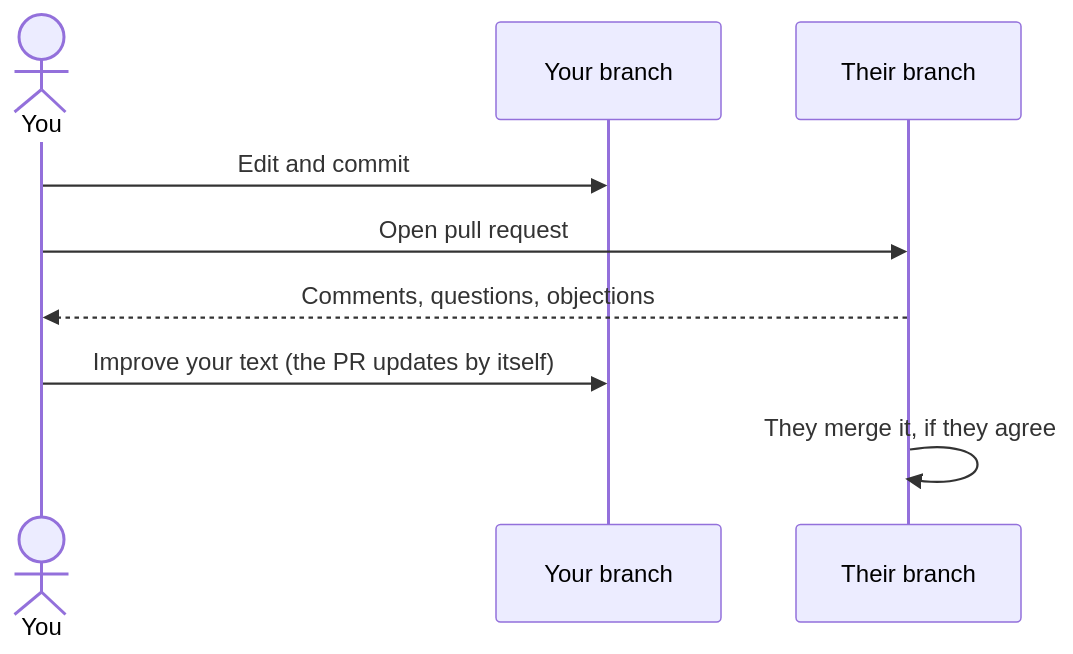
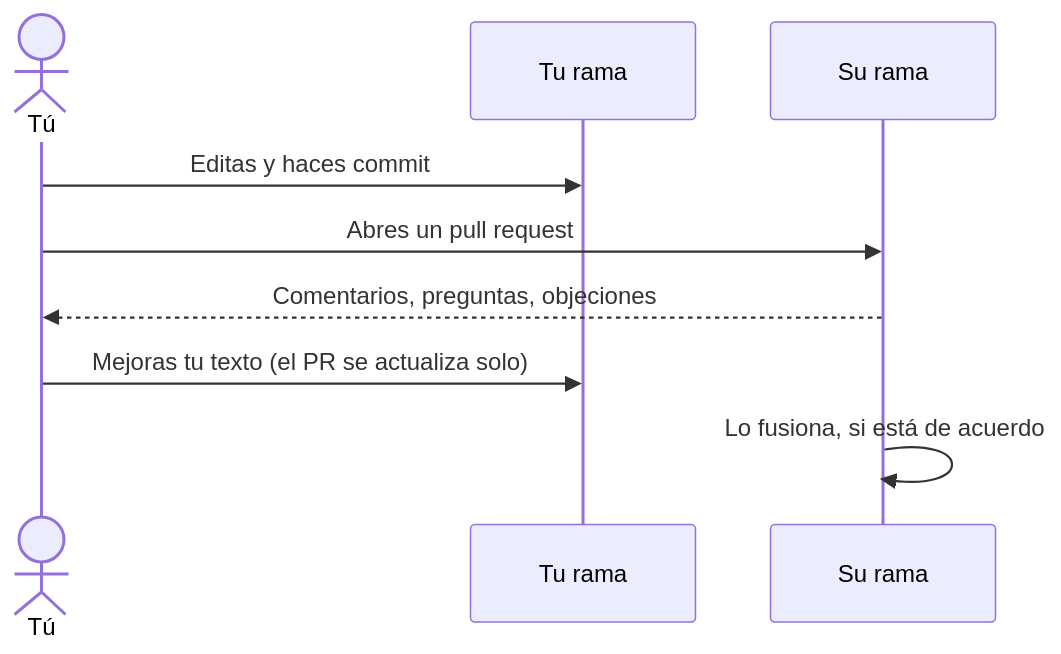
One commit to BlankConstitution/blankconstitution changed the second of 2 diagrams in docs/web.md. Above: the diagram before and after it, drawn with Mermaid. The commit also changed other lines of this file and 4 other files, not shown here.

````diff
--- a/docs/web.md
+++ b/docs/web.md
@@ -111,11 +113,11 @@
 ```mermaid
 sequenceDiagram
-    actor You
-    participant Yours as Your branch
-    participant Theirs as Their branch
-    You->>Yours: Edit and commit
-    You->>Theirs: Open pull request
-    Theirs-->>You: Comments, questions, objections
-    You->>Yours: Improve your text (the PR updates by itself)
-    Theirs->>Theirs: They merge it, if they agree
+    actor Tú
+    participant Tuya as Tu rama
+    participant Suya as Su rama
+    Tú->>Tuya: Editas y haces commit
+    Tú->>Suya: Abres un pull request
+    Suya-->>Tú: Comentarios, preguntas, objeciones
+    Tú->>Tuya: Mejoras tu texto (el PR se actualiza solo)
+    Suya->>Suya: Lo fusiona, si está de acuerdo
 ```
````
